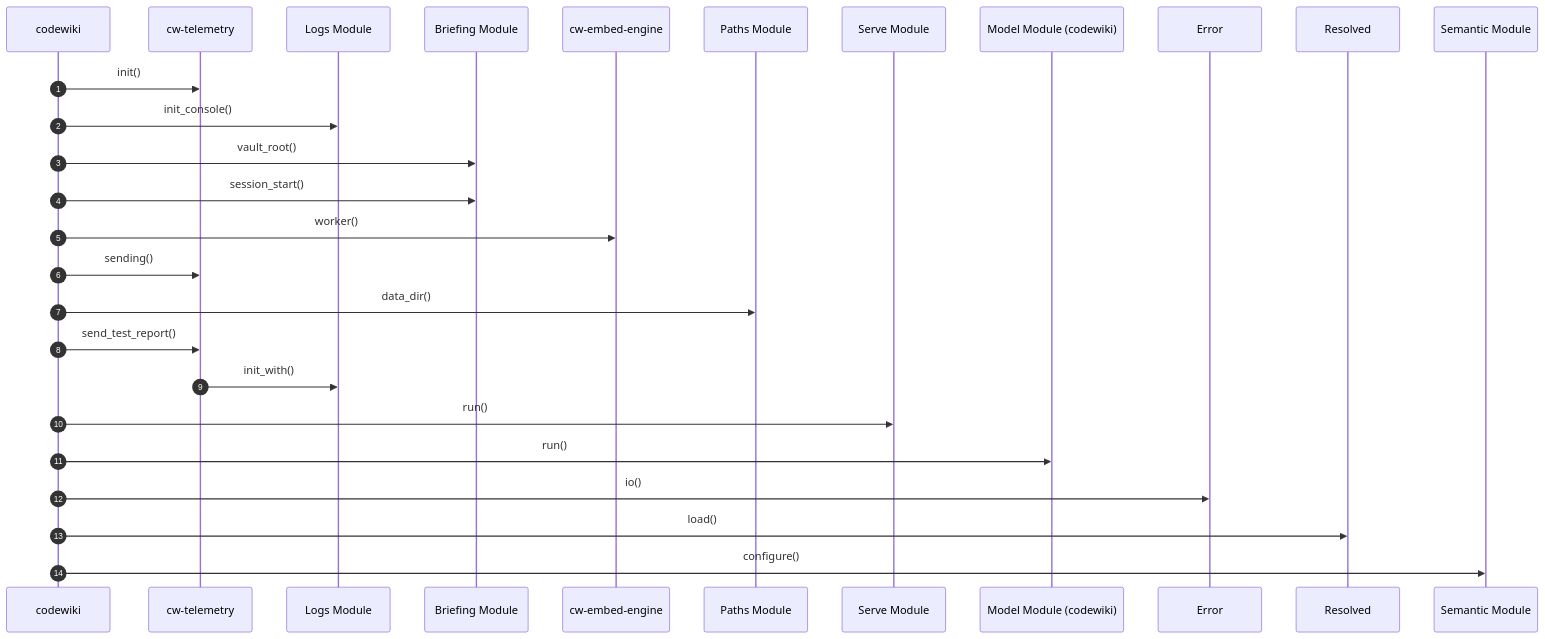
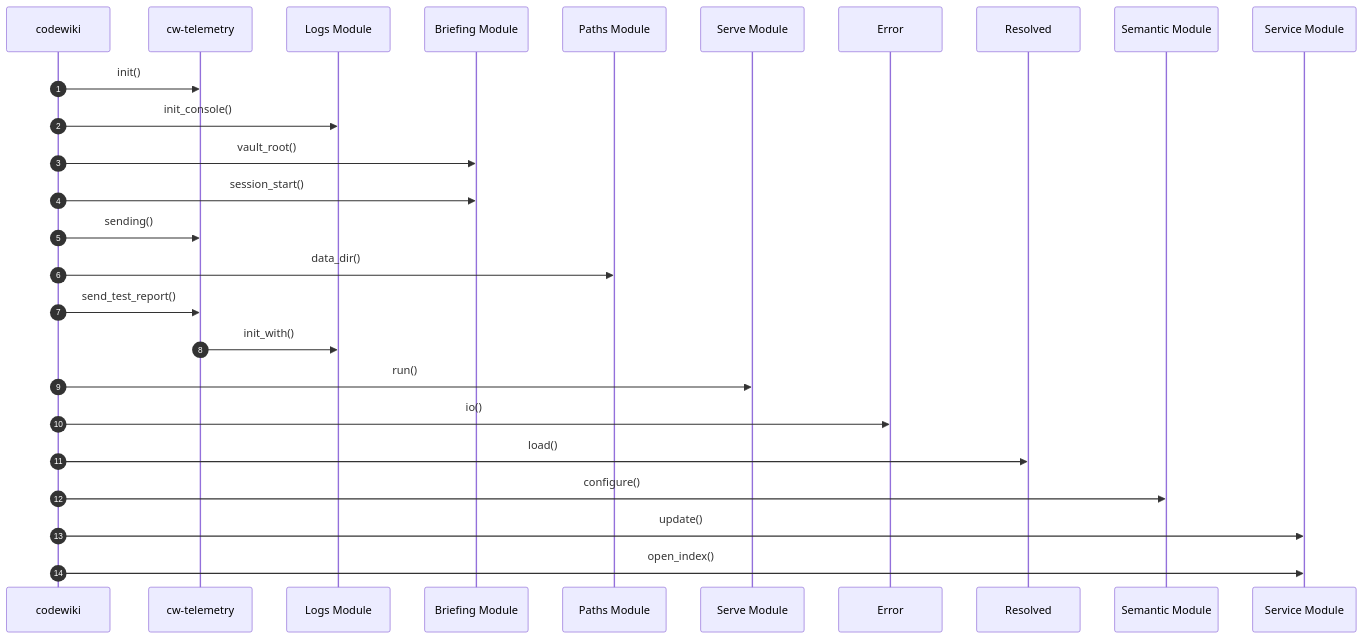
The diagram in obsidian/00-Architecture/codewiki Startup Flow.md (Fly-onlyone/CodeWiki), drawn with Mermaid before and after one commit. The commit also changed other lines of this file and 98 other files, not shown here.

````diff
--- a/obsidian/00-Architecture/codewiki Startup Flow.md
+++ b/obsidian/00-Architecture/codewiki Startup Flow.md
@@ -15,29 +15,28 @@
 ```mermaid
 sequenceDiagram
     autonumber
     participant p0 as codewiki
     participant p1 as cw-telemetry
     participant p2 as Logs Module
     participant p3 as Briefing Module
-    participant p4 as cw-embed-engine
-    participant p5 as Paths Module
-    participant p6 as Serve Module
-    participant p7 as Model Module (codewiki)
-    participant p8 as Error
-    participant p9 as Resolved
-    participant p10 as Semantic Module
+    participant p4 as Paths Module
+    participant p5 as Serve Module
+    participant p6 as Error
+    participant p7 as Resolved
+    participant p8 as Semantic Module
+    participant p9 as Service Module
     p0->>p1: init()
     p0->>p2: init_console()
     p0->>p3: vault_root()
     p0->>p3: session_start()
-    p0->>p4: worker()
     p0->>p1: sending()
-    p0->>p5: data_dir()
+    p0->>p4: data_dir()
     p0->>p1: send_test_report()
     p1->>p2: init_with()
-    p0->>p6: run()
-    p0->>p7: run()
-    p0->>p8: io()
-    p0->>p9: load()
-    p0->>p10: configure()
+    p0->>p5: run()
+    p0->>p6: io()
+    p0->>p7: load()
+    p0->>p8: configure()
+    p0->>p9: update()
+    p0->>p9: open_index()
 ```
````
